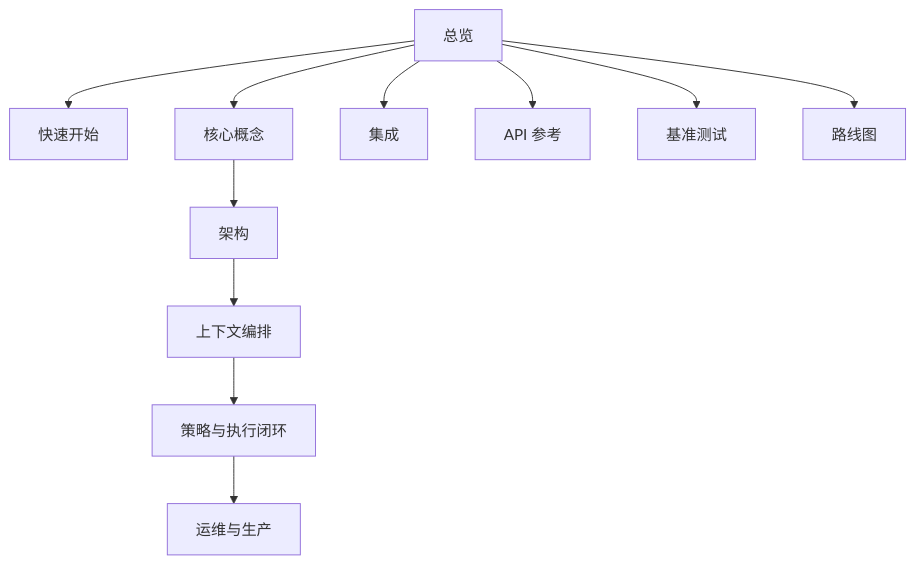
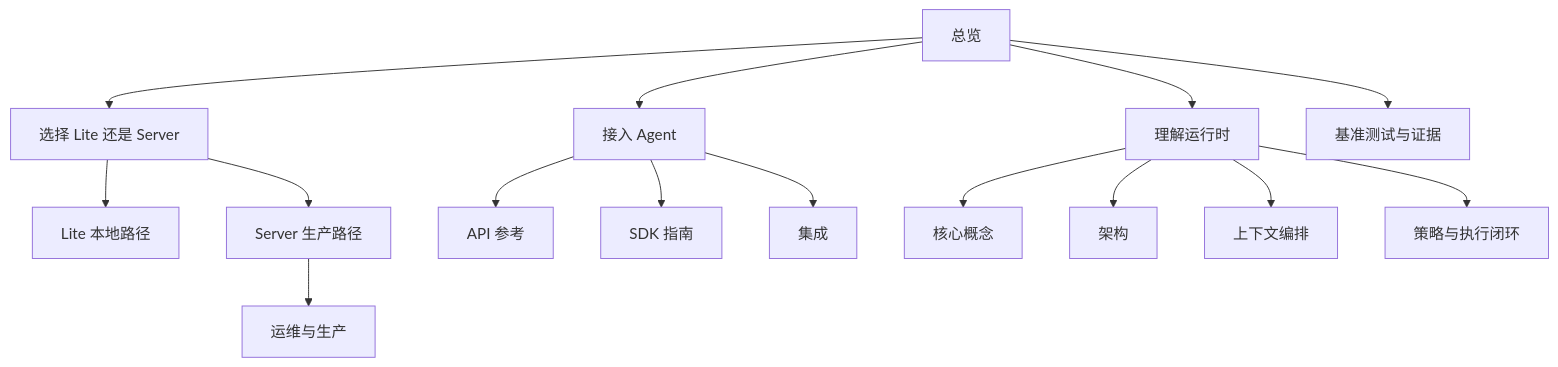
Before and after one commit to Cognary/Aionis: the diagram in docs/public/zh/overview/02-docs-navigation.md, drawn with Mermaid. The commit also changed other lines of this file and 34 other files, not shown here.

````diff
--- a/docs/public/zh/overview/02-docs-navigation.md
+++ b/docs/public/zh/overview/02-docs-navigation.md
@@ -32,13 +48,17 @@
 ```mermaid
 flowchart TD
-  A["总览"] --> B["快速开始"]
-  A --> C["核心概念"]
-  C --> D["架构"]
-  D --> E["上下文编排"]
-  E --> F["策略与执行闭环"]
-  F --> G["运维与生产"]
-  A --> H["集成"]
-  A --> I["API 参考"]
-  A --> J["基准测试"]
-  A --> K["路线图"]
+  A["总览"] --> B["选择 Lite 还是 Server"]
+  B --> C["Lite 本地路径"]
+  B --> D["Server 生产路径"]
+  A --> E["接入 Agent"]
+  E --> F["API 参考"]
+  E --> G["SDK 指南"]
+  E --> H["集成"]
+  A --> I["理解运行时"]
+  I --> J["核心概念"]
+  I --> K["架构"]
+  I --> L["上下文编排"]
+  I --> M["策略与执行闭环"]
+  A --> N["基准测试与证据"]
+  D --> O["运维与生产"]
 ```
````
